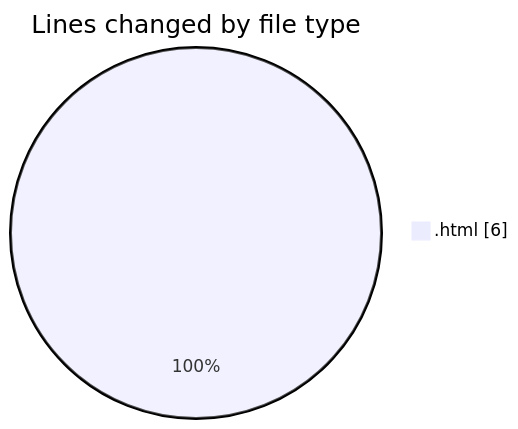
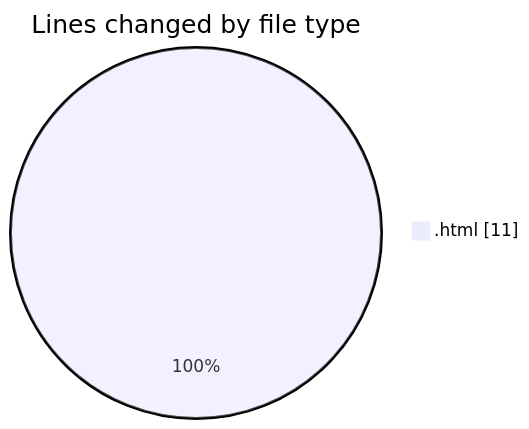
One commit to LanceThiago/code-tracking changed the first of 2 diagrams in 2025-01-09/nueva_carpeta/README.md. Above: the diagram before and after it, drawn with Mermaid. The commit also changed other lines of this file and 1 other file, not shown here.

````diff
--- a/2025-01-09/nueva_carpeta/README.md
+++ b/2025-01-09/nueva_carpeta/README.md
@@ -20,5 +20,5 @@
 ```mermaid
 pie showData
 title Lines changed by file type
-".html" : 6
+".html" : 11
 ```
````
